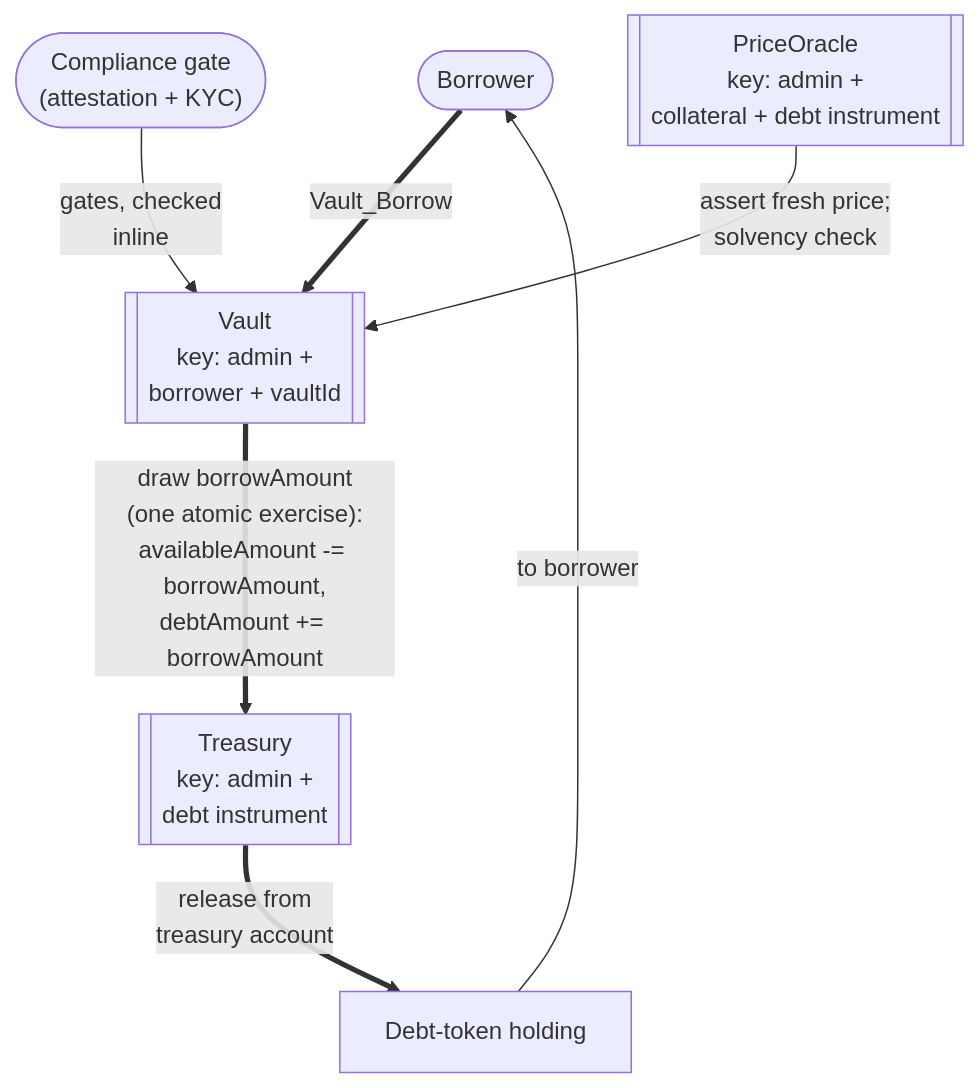
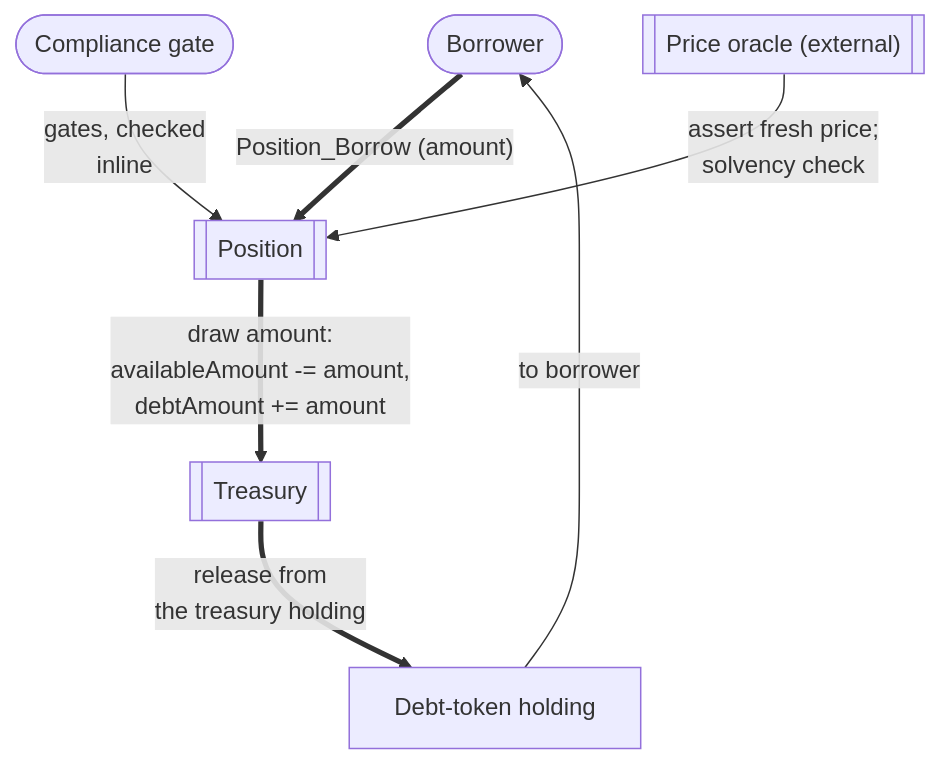
One commit to OpenZeppelin/canton-specs changed the fourth of 9 diagrams in docs/reference-architectures/lending.md. Above: the diagram before and after it, drawn with Mermaid. The commit also changed other lines of this file and 1 other file, not shown here.

````diff
--- a/docs/reference-architectures/lending.md
+++ b/docs/reference-architectures/lending.md
@@ -317,16 +364,16 @@
 ```mermaid
 flowchart TD
     Borrower([Borrower])
-    Compliance(["Compliance gate<br/>(attestation + KYC)"])
-    Oracle[["PriceOracle<br/>key: admin +<br/>collateral + debt instrument"]]
-    Vault[["Vault<br/>key: admin +<br/>borrower + vaultId"]]
-    Treasury[["Treasury<br/>key: admin +<br/>debt instrument"]]
+    Compliance(["Compliance gate"])
+    Oracle[["Price oracle (external)"]]
+    Position[["Position"]]
+    Treasury[["Treasury"]]
     Coin["Debt-token holding"]
 
-    Borrower ==>|"Vault_Borrow"| Vault
-    Compliance -->|"gates, checked<br/>inline"| Vault
-    Oracle -->|"assert fresh price;<br/>solvency check"| Vault
-    Vault ==>|"draw borrowAmount<br/>(one atomic exercise):<br/>availableAmount -= borrowAmount,<br/>debtAmount += borrowAmount"| Treasury
-    Treasury ==>|"release from<br/>treasury account"| Coin
+    Borrower ==>|"Position_Borrow (amount)"| Position
+    Compliance -->|"gates, checked<br/>inline"| Position
+    Oracle -->|"assert fresh price;<br/>solvency check"| Position
+    Position ==>|"draw amount:<br/>availableAmount -= amount,<br/>debtAmount += amount"| Treasury
+    Treasury ==>|"release from<br/>the treasury holding"| Coin
     Coin -->|"to borrower"| Borrower
 ```
````
